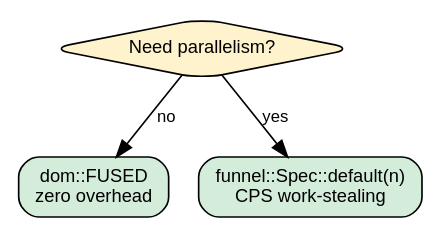
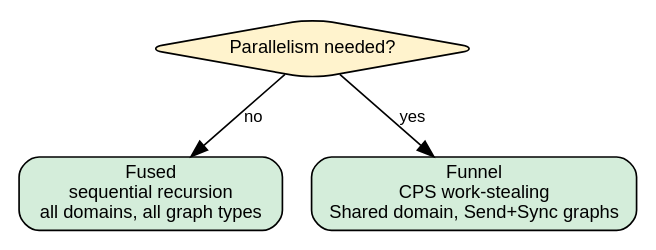
Before and after one commit to hylic-recursion/hylic-docs: the diagram in book/src/guides/execution.md, drawn with Graphviz. The commit also changed other lines of this file and 16 other files, not shown here.

````diff
--- a/book/src/guides/execution.md
+++ b/book/src/guides/execution.md
@@ -28,14 +35,14 @@
 ```dot process
 digraph {
     rankdir=TB;
     node [shape=box, style="rounded,filled", fillcolor="#f5f5f5", fontname="sans-serif", fontsize=11];
     edge [fontname="sans-serif", fontsize=10];
 
-    start [label="Need parallelism?", shape=diamond, fillcolor="#fff3cd"];
-    fused [label="dom::FUSED\nzero overhead", fillcolor="#d4edda"];
-    funnel [label="funnel::Spec::default(n)\nCPS work-stealing", fillcolor="#d4edda"];
+    start [label="Parallelism needed?", shape=diamond, fillcolor="#fff3cd"];
+    fused [label="Fused\nsequential recursion\nall domains, all graph types", fillcolor="#d4edda"];
+    funnel [label="Funnel\nCPS work-stealing\nShared domain, Send+Sync graphs", fillcolor="#d4edda"];
 
     start -> fused [label="no"];
     start -> funnel [label="yes"];
 }
 ```
````
